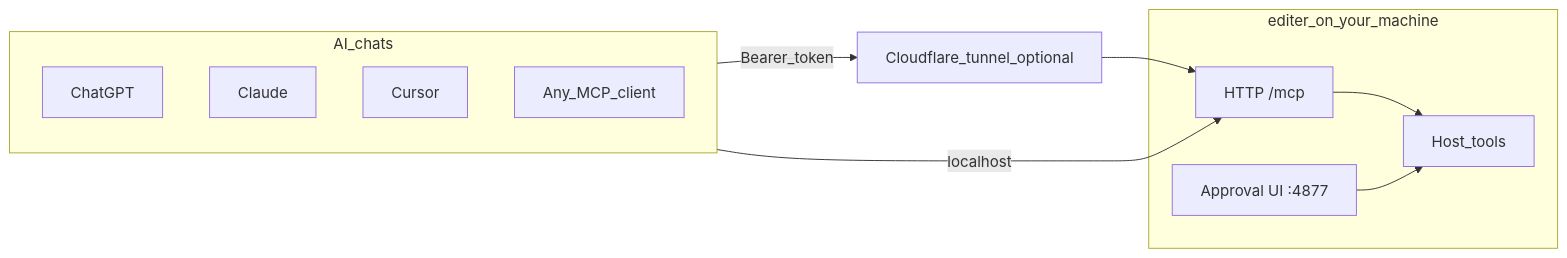
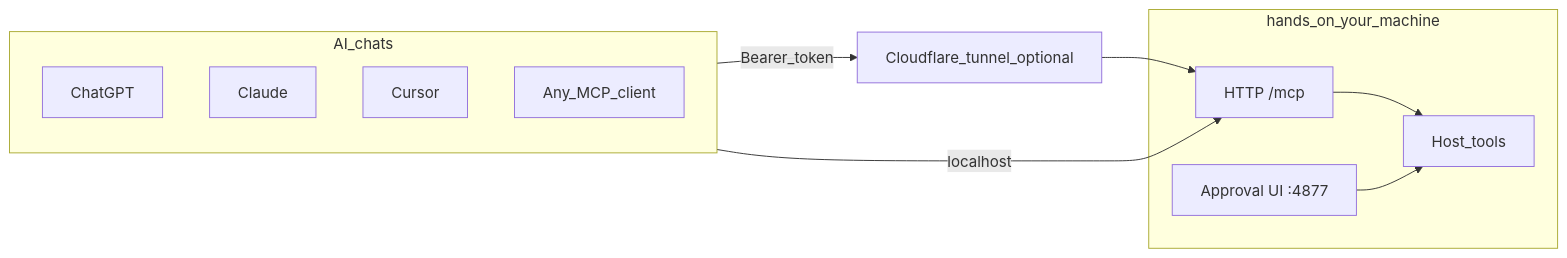
One commit to abhinavshyju/hands-mcp changed the diagram in README.md. Above: the diagram before and after it, drawn with Mermaid. The commit also changed other lines of this file and 197 other files, not shown here.

````diff
--- a/README.md
+++ b/README.md
@@ -23,20 +23,20 @@
 ```mermaid
 flowchart LR
   subgraph chats [AI_chats]
     ChatGPT[ChatGPT]
     Claude[Claude]
     Cursor[Cursor]
     Other[Any_MCP_client]
   end
-  subgraph editer [editer_on_your_machine]
+  subgraph hands [hands_on_your_machine]
     MCP["HTTP /mcp"]
     UI["Approval UI :4877"]
     Tools[Host_tools]
   end
   Tunnel[Cloudflare_tunnel_optional]
   chats -->|Bearer_token| Tunnel
   Tunnel --> MCP
   chats -->|localhost| MCP
   MCP --> Tools
   UI --> Tools
 ```
````
